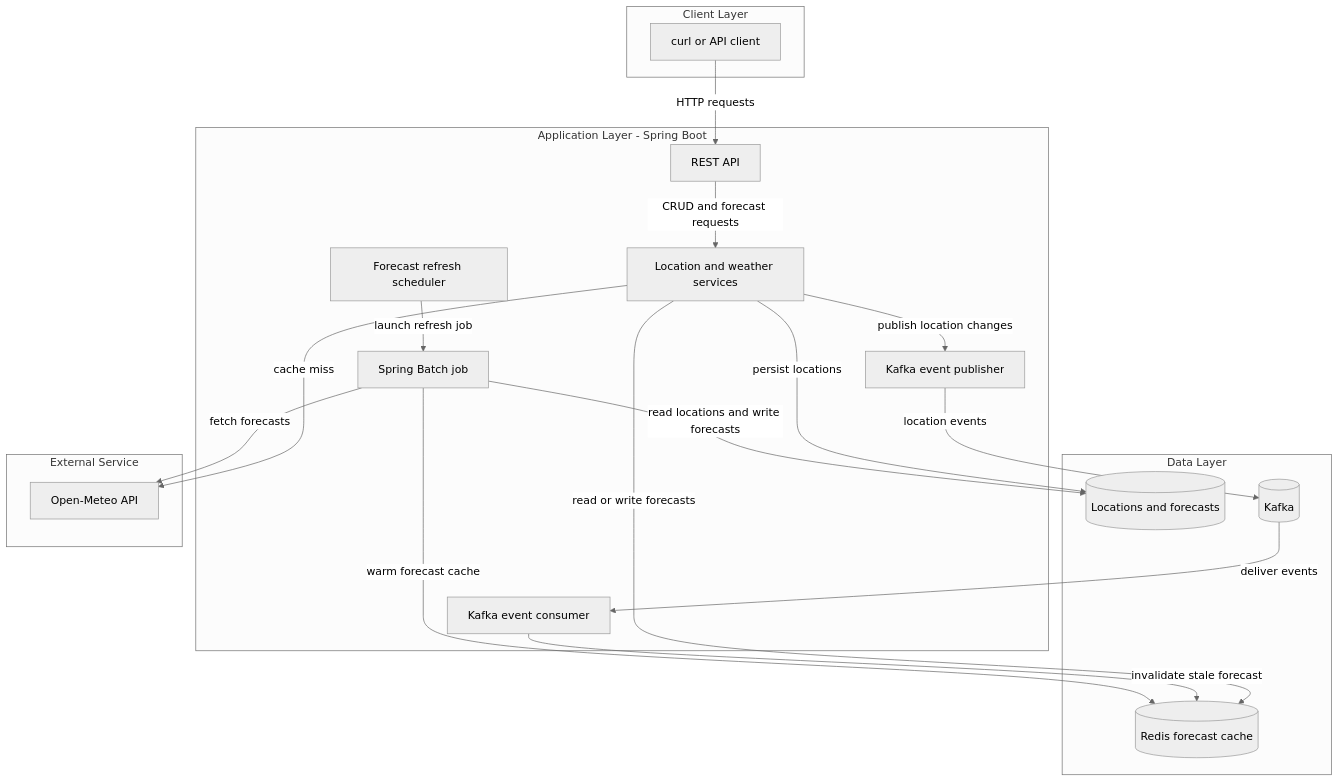
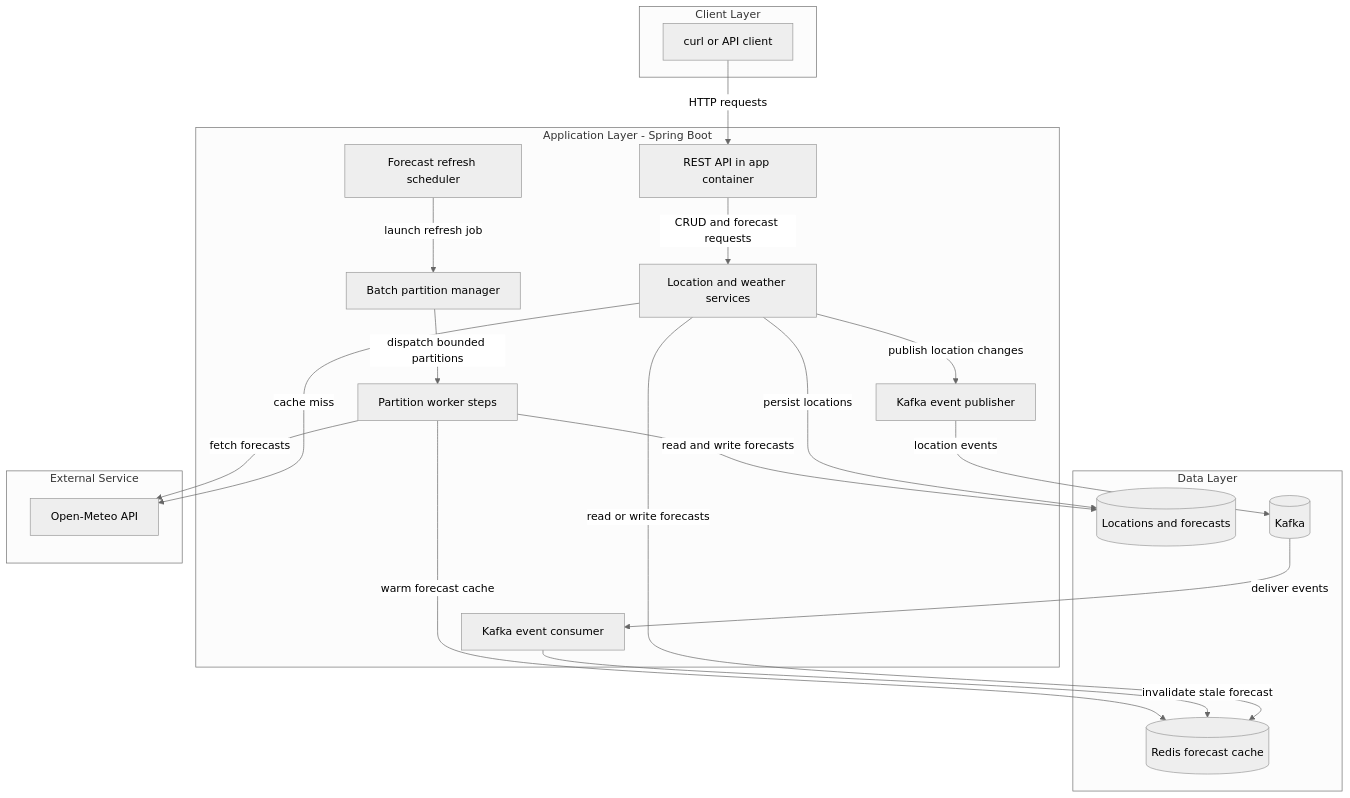
Before and after one commit to AfifRana/sandbox: the diagram in README.md, drawn with Mermaid (neutral theme). The commit also changed other lines of this file and 2 other files, not shown here.

Commit message:
Refine architecture documentation and README for containerized Weather Watch project

````diff
--- a/README.md
+++ b/README.md
@@ -16,36 +16,38 @@
 ```mermaid
 flowchart TD
     subgraph Client["Client Layer"]
         Demo["curl or API client"]
     end
     subgraph App["Application Layer - Spring Boot"]
-        Api["REST API"]
+        Api["REST API in app container"]
         Service["Location and weather services"]
         Producer["Kafka event publisher"]
         Consumer["Kafka event consumer"]
         Scheduler["Forecast refresh scheduler"]
-        Batch["Spring Batch job"]
+        Manager["Batch partition manager"]
+        Worker["Partition worker steps"]
     end
     subgraph Data["Data Layer"]
         Pg[("Locations and forecasts")]
         Cache[("Redis forecast cache")]
         Kafka[("Kafka")]
     end
     subgraph External["External Service"]
         Meteo["Open-Meteo API"]
     end
 
     Demo -->|"HTTP requests"| Api
     Api -->|"CRUD and forecast requests"| Service
     Service -->|"persist locations"| Pg
     Service -->|"read or write forecasts"| Cache
     Service -->|"cache miss"| Meteo
     Service -->|"publish location changes"| Producer
     Producer -->|"location events"| Kafka
     Kafka -->|"deliver events"| Consumer
     Consumer -->|"invalidate stale forecast"| Cache
-    Scheduler -->|"launch refresh job"| Batch
-    Batch -->|"read locations and write forecasts"| Pg
-    Batch -->|"fetch forecasts"| Meteo
-    Batch -->|"warm forecast cache"| Cache
+    Scheduler -->|"launch refresh job"| Manager
+    Manager -->|"dispatch bounded partitions"| Worker
+    Worker -->|"read and write forecasts"| Pg
+    Worker -->|"fetch forecasts"| Meteo
+    Worker -->|"warm forecast cache"| Cache
 ```
````
